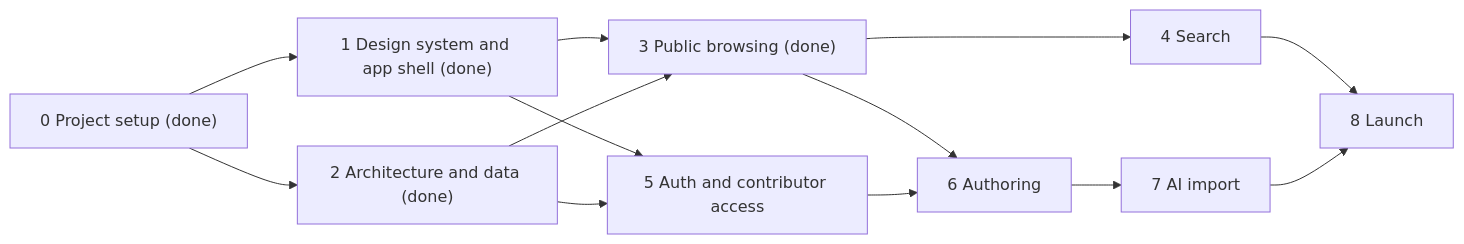
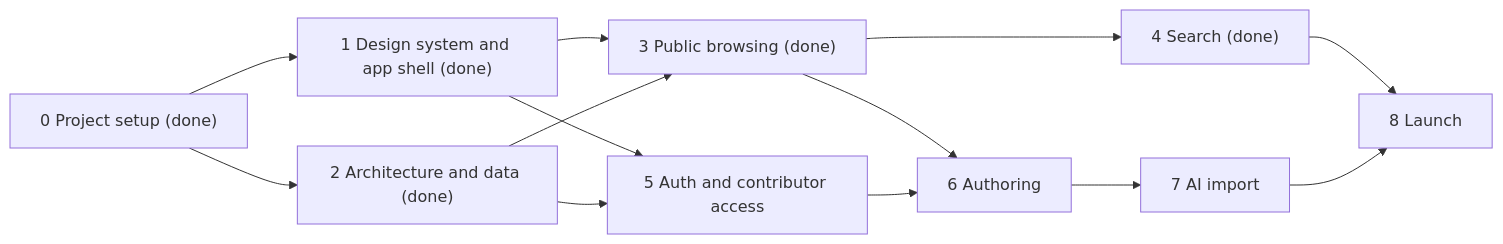
One commit to jaARke/recipe-hub changed the diagram in ROADMAP.md. Above: the diagram before and after it, drawn with Mermaid. The commit also changed other lines of this file and 1 other file, not shown here.

Commit message:
Record Session 4 in the roadmap and README

````diff
--- a/ROADMAP.md
+++ b/ROADMAP.md
@@ -475,15 +568,15 @@
 ```mermaid
 flowchart LR
 	S0["0 Project setup (done)"] --> S1["1 Design system and app shell (done)"]
 	S0 --> S2["2 Architecture and data (done)"]
 	S1 --> S3["3 Public browsing (done)"]
 	S2 --> S3
-	S3 --> S4["4 Search"]
+	S3 --> S4["4 Search (done)"]
 	S1 --> S5["5 Auth and contributor access"]
 	S2 --> S5
 	S3 --> S6["6 Authoring"]
 	S5 --> S6
 	S6 --> S7["7 AI import"]
 	S4 --> S8["8 Launch"]
 	S7 --> S8
 ```
````
